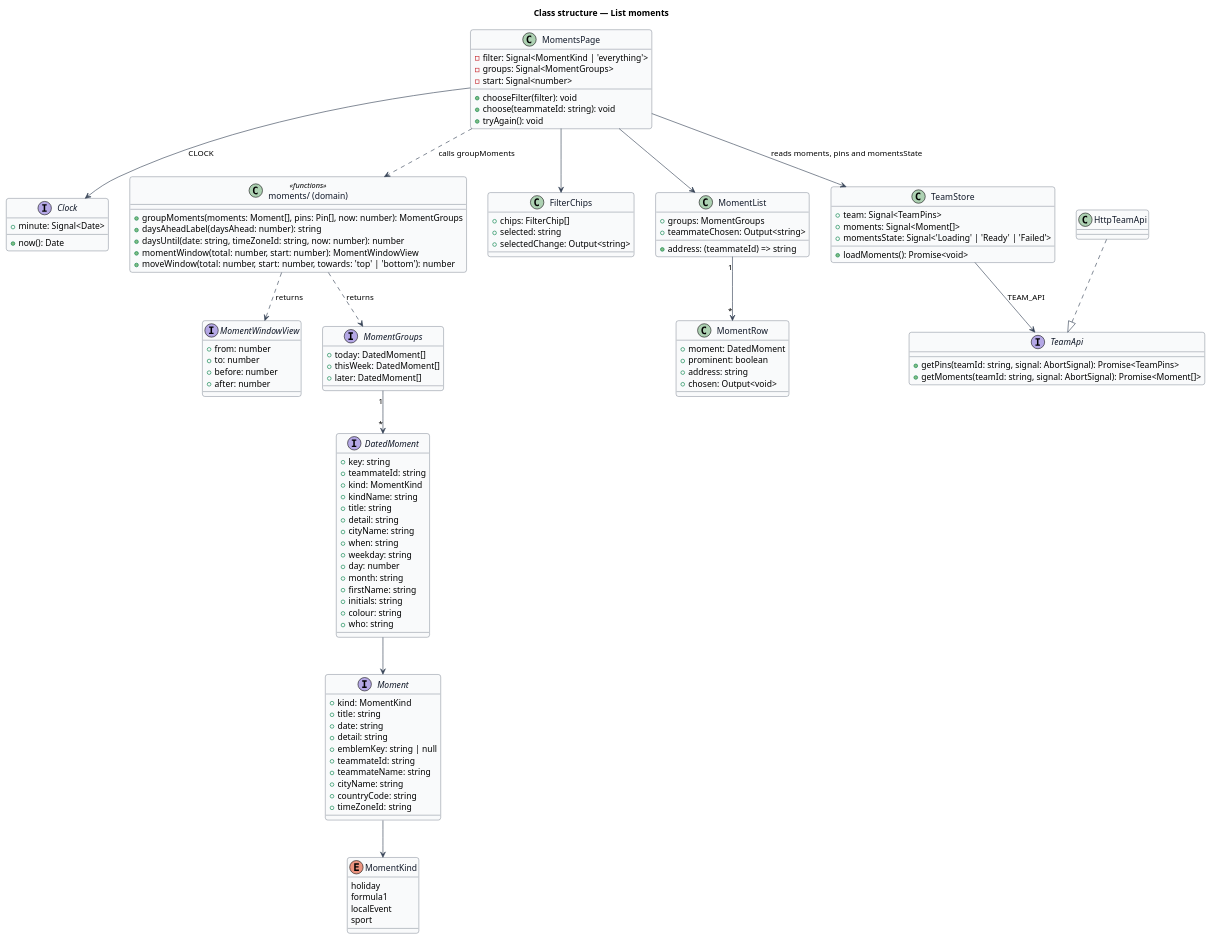
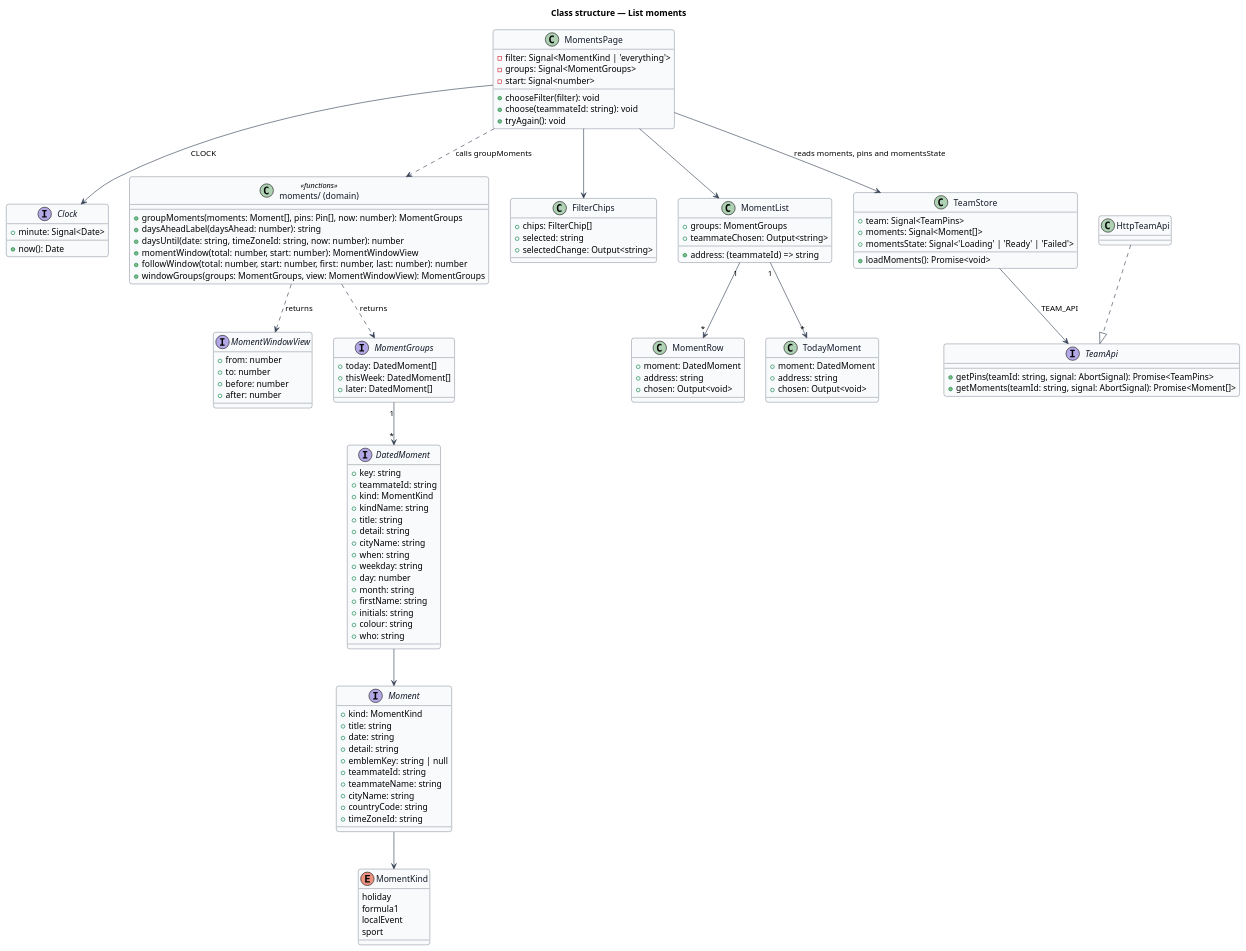
The diagram in docs/detailed-designs/moments/list-moments/diagrams/class-structure.puml (QuinntyneBrown/Mondino), drawn with PlantUML before and after one commit. The commit also changed 13 other files, not shown here.

```diff
--- a/docs/detailed-designs/moments/list-moments/diagrams/class-structure.puml
+++ b/docs/detailed-designs/moments/list-moments/diagrams/class-structure.puml
@@ -1,135 +1,142 @@
 @startuml
 ' --- shared skin header ---
 skinparam backgroundColor #FFFFFF
 skinparam shadowing false
 skinparam roundcorner 8
 skinparam defaultFontName Arial
 skinparam ArrowColor #344054
 skinparam class {
   BorderColor #344054
   FontColor #101828
   BackgroundColor #F9FAFB
 }
 ' --------------------------
 title Class structure — List moments
 
 enum MomentKind {
   holiday
   formula1
   localEvent
   sport
 }
 
 interface Moment {
   +kind: MomentKind
   +title: string
   +date: string
   +detail: string
   +emblemKey: string | null
   +teammateId: string
   +teammateName: string
   +cityName: string
   +countryCode: string
   +timeZoneId: string
 }
 
 interface TeamApi {
   +getPins(teamId: string, signal: AbortSignal): Promise<TeamPins>
   +getMoments(teamId: string, signal: AbortSignal): Promise<Moment[]>
 }
 
 class HttpTeamApi
 
 interface Clock {
   +now(): Date
   +minute: Signal<Date>
 }
 
 interface DatedMoment {
   +key: string
   +teammateId: string
   +kind: MomentKind
   +kindName: string
   +title: string
   +detail: string
   +cityName: string
   +when: string
   +weekday: string
   +day: number
   +month: string
   +firstName: string
   +initials: string
   +colour: string
   +who: string
 }
 
 interface MomentWindowView {
   +from: number
   +to: number
   +before: number
   +after: number
 }
 
 interface MomentGroups {
   +today: DatedMoment[]
   +thisWeek: DatedMoment[]
   +later: DatedMoment[]
 }
 
 class "moments/ (domain)" as moments <<functions>> {
   +groupMoments(moments: Moment[], pins: Pin[], now: number): MomentGroups
   +daysAheadLabel(daysAhead: number): string
   +daysUntil(date: string, timeZoneId: string, now: number): number
   +momentWindow(total: number, start: number): MomentWindowView
-  +moveWindow(total: number, start: number, towards: 'top' | 'bottom'): number
+  +followWindow(total: number, start: number, first: number, last: number): number
+  +windowGroups(groups: MomentGroups, view: MomentWindowView): MomentGroups
 }
 
 class MomentsPage {
   -filter: Signal<MomentKind | 'everything'>
   -groups: Signal<MomentGroups>
   -start: Signal<number>
   +chooseFilter(filter): void
   +choose(teammateId: string): void
   +tryAgain(): void
 }
 
 class FilterChips {
   +chips: FilterChip[]
   +selected: string
   +selectedChange: Output<string>
 }
 
 class MomentList {
   +groups: MomentGroups
   +address: (teammateId) => string
   +teammateChosen: Output<string>
 }
 
 class MomentRow {
   +moment: DatedMoment
-  +prominent: boolean
+  +address: string
+  +chosen: Output<void>
+}
+
+class TodayMoment {
+  +moment: DatedMoment
   +address: string
   +chosen: Output<void>
 }
 
 class TeamStore {
   +team: Signal<TeamPins>
   +moments: Signal<Moment[]>
   +momentsState: Signal<'Loading' | 'Ready' | 'Failed'>
   +loadMoments(): Promise<void>
 }
 
 HttpTeamApi ..|> TeamApi
 TeamStore --> TeamApi : TEAM_API
 MomentsPage --> Clock : CLOCK
 MomentsPage ..> moments : calls groupMoments
 MomentsPage --> FilterChips
 MomentsPage --> MomentList
 MomentsPage --> TeamStore : reads moments, pins and momentsState
 MomentList "1" --> "*" MomentRow
+MomentList "1" --> "*" TodayMoment
 moments ..> MomentGroups : returns
 moments ..> MomentWindowView : returns
 MomentGroups "1" --> "*" DatedMoment
 DatedMoment --> Moment
 Moment --> MomentKind
 @enduml
```
